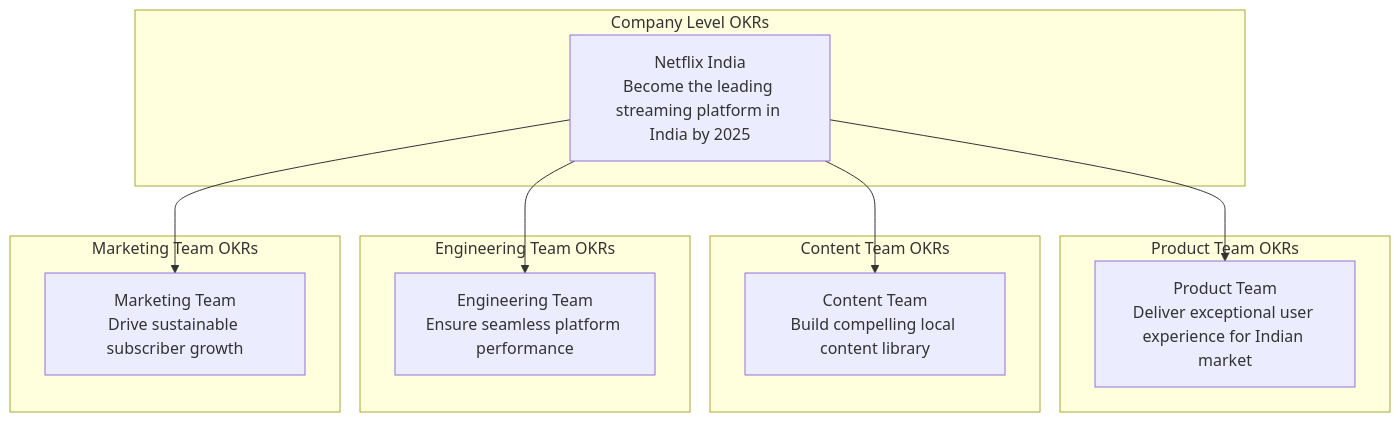
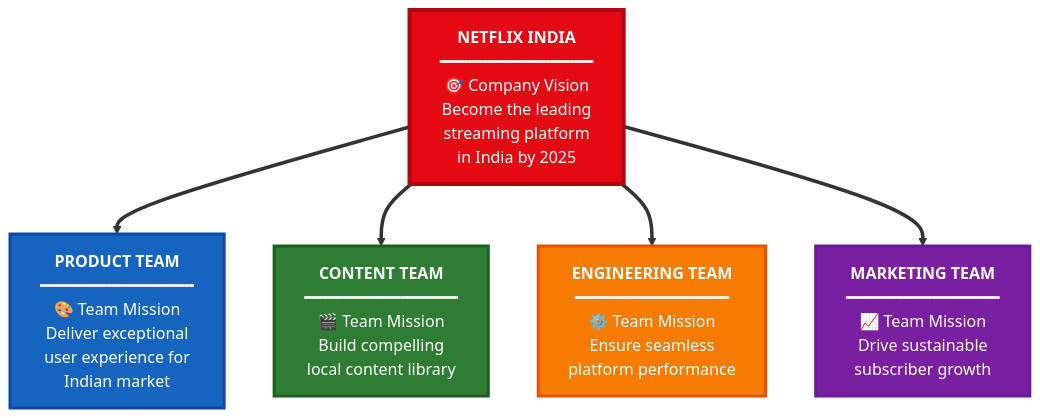
Before and after one commit to VIKAS9793/netflix-india-pm-case-study: the first of 5 diagrams in assets/diagrams/okr-framework-structure.md, drawn with Mermaid. The commit also changed other lines of this file, not shown here.

````diff
--- a/assets/diagrams/okr-framework-structure.md
+++ b/assets/diagrams/okr-framework-structure.md
@@ -3,27 +17,23 @@
 ```mermaid
-graph TD
-    subgraph "Company Level OKRs"
-        Company["Netflix India<br/>Become the leading streaming platform in India by 2025"]
-    end
+graph TB
+    Company["<b>NETFLIX INDIA</b><br/>━━━━━━━━━━━━━━━━<br/>🎯 Company Vision<br/>Become the leading<br/>streaming platform<br/>in India by 2025"]
     
-    subgraph "Product Team OKRs"
-        Product["Product Team<br/>Deliver exceptional user experience for Indian market"]
-    end
+    Product["<b>PRODUCT TEAM</b><br/>━━━━━━━━━━━━━━━━<br/>🎨 Team Mission<br/>Deliver exceptional<br/>user experience for<br/>Indian market"]
     
-    subgraph "Content Team OKRs"
-        Content["Content Team<br/>Build compelling local content library"]
-    end
+    Content["<b>CONTENT TEAM</b><br/>━━━━━━━━━━━━━━━━<br/>🎬 Team Mission<br/>Build compelling<br/>local content library"]
     
-    subgraph "Engineering Team OKRs"
-        Engineering["Engineering Team<br/>Ensure seamless platform performance"]
-    end
+    Engineering["<b>ENGINEERING TEAM</b><br/>━━━━━━━━━━━━━━━━<br/>⚙️ Team Mission<br/>Ensure seamless<br/>platform performance"]
     
-    subgraph "Marketing Team OKRs"
-        Marketing["Marketing Team<br/>Drive sustainable subscriber growth"]
-    end
+    Marketing["<b>MARKETING TEAM</b><br/>━━━━━━━━━━━━━━━━<br/>📈 Team Mission<br/>Drive sustainable<br/>subscriber growth"]
     
-    Company --> Product
-    Company --> Content
-    Company --> Engineering
-    Company --> Marketing
+    Company ==> Product
+    Company ==> Content
+    Company ==> Engineering
+    Company ==> Marketing
+    
+    style Company fill:#E50914,stroke:#B20710,stroke-width:4px,color:#FFFFFF
+    style Product fill:#1565C0,stroke:#0D47A1,stroke-width:3px,color:#FFFFFF
+    style Content fill:#2E7D32,stroke:#1B5E20,stroke-width:3px,color:#FFFFFF
+    style Engineering fill:#F57C00,stroke:#E65100,stroke-width:3px,color:#FFFFFF
+    style Marketing fill:#7B1FA2,stroke:#6A1B9A,stroke-width:3px,color:#FFFFFF
 ```
````
